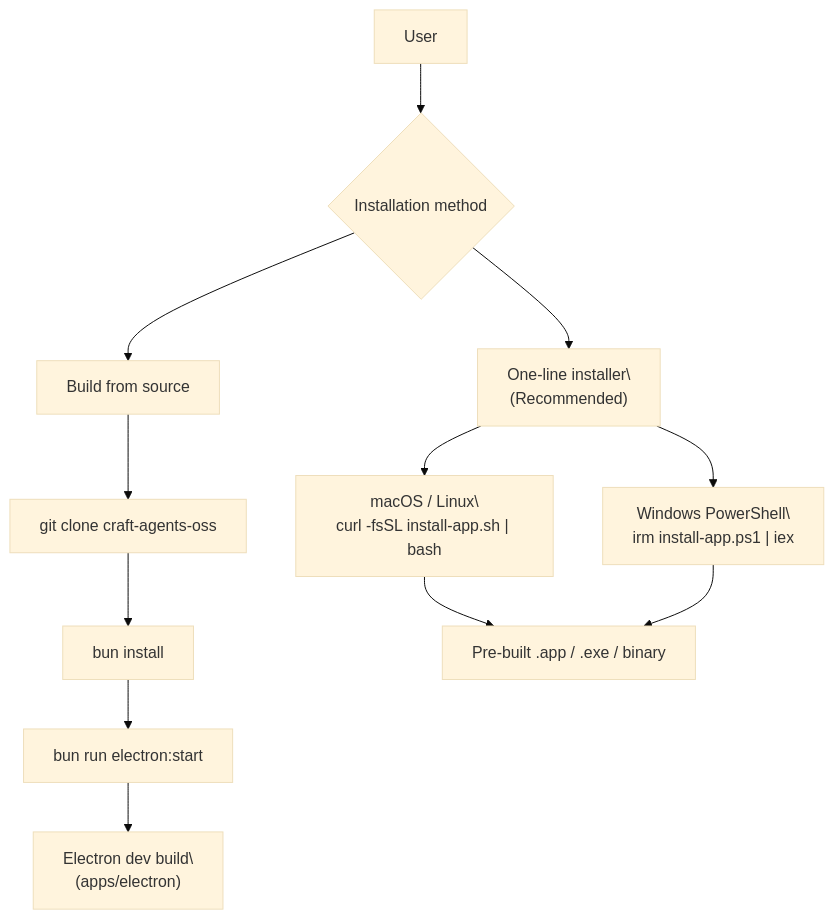
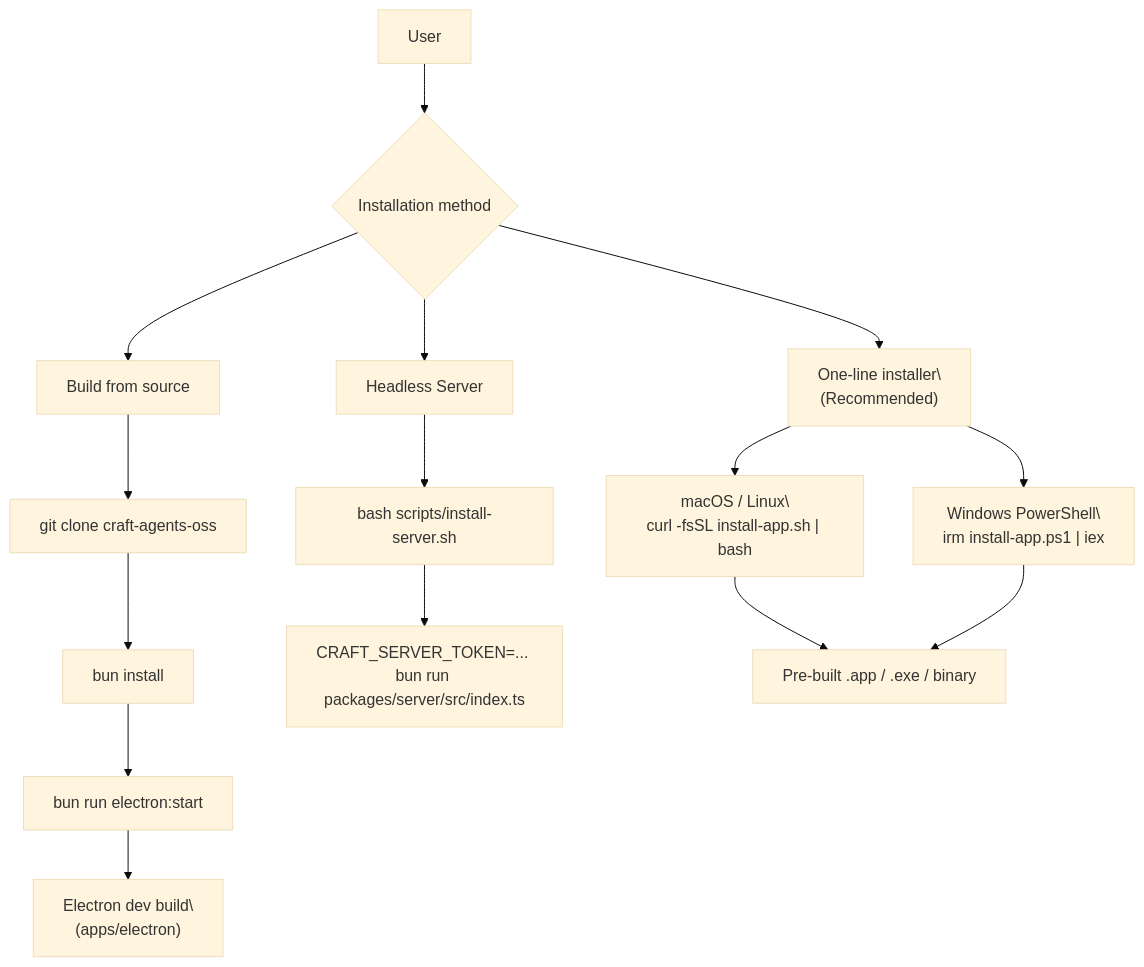
The first of 2 diagrams in docs/lukilabs_craft-agents-oss/getting-started/installation.md (blackcater/zentree), drawn with Mermaid (base theme) before and after one commit. The commit also changed other lines of this file and 232 other files, not shown here.

````diff
--- a/docs/lukilabs_craft-agents-oss/getting-started/installation.md
+++ b/docs/lukilabs_craft-agents-oss/getting-started/installation.md
@@ -34,21 +37,25 @@
 ```mermaid
 flowchart TD
   A["User"] --> B{"Installation method"}
   B --> C["One-line installer\
 (Recommended)"]
   B --> D["Build from source"]
+  B --> L["Headless Server"]
 
   C --> E["macOS / Linux\
 curl -fsSL install-app.sh | bash"]
   C --> F["Windows PowerShell\
 irm install-app.ps1 | iex"]
 
   D --> G["git clone craft-agents-oss"]
   G --> H["bun install"]
   H --> I["bun run electron:start"]
 
+  L --> M["bash scripts/install-server.sh"]
+  M --> N["CRAFT_SERVER_TOKEN=... bun run packages/server/src/index.ts"]
+
   E --> J["Pre-built .app / .exe / binary"]
   F --> J
   I --> K["Electron dev build\
 (apps/electron)"]
 ```
````
